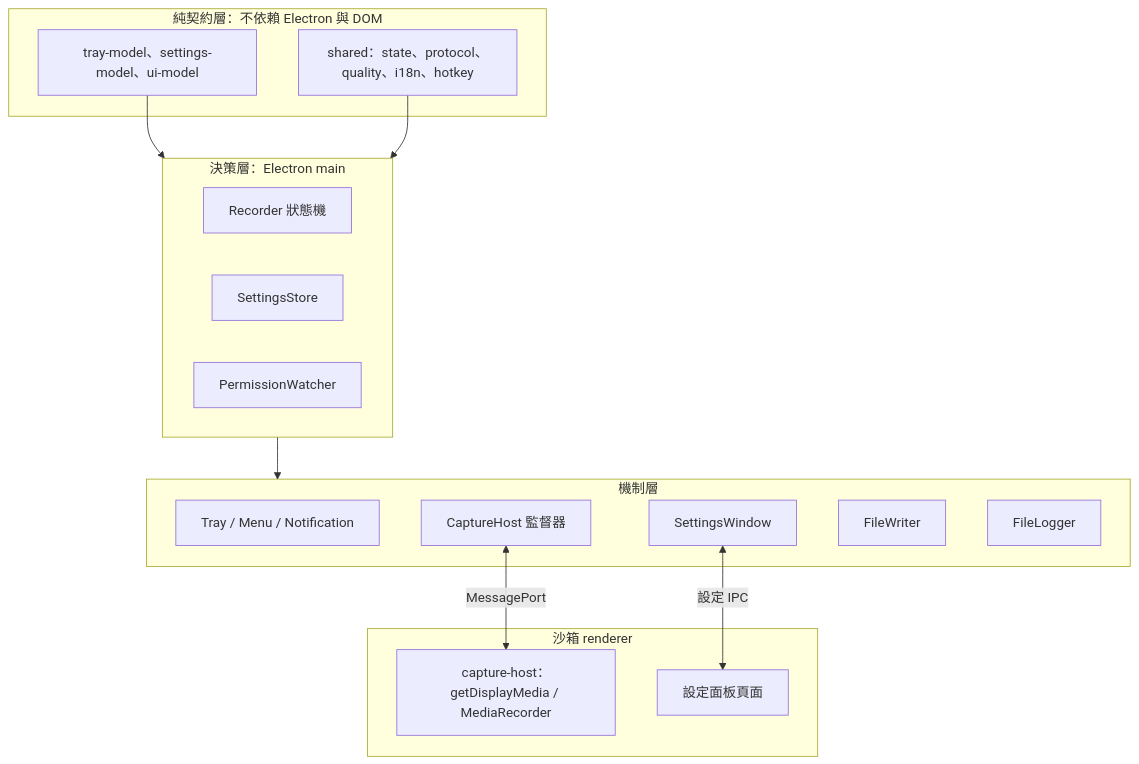
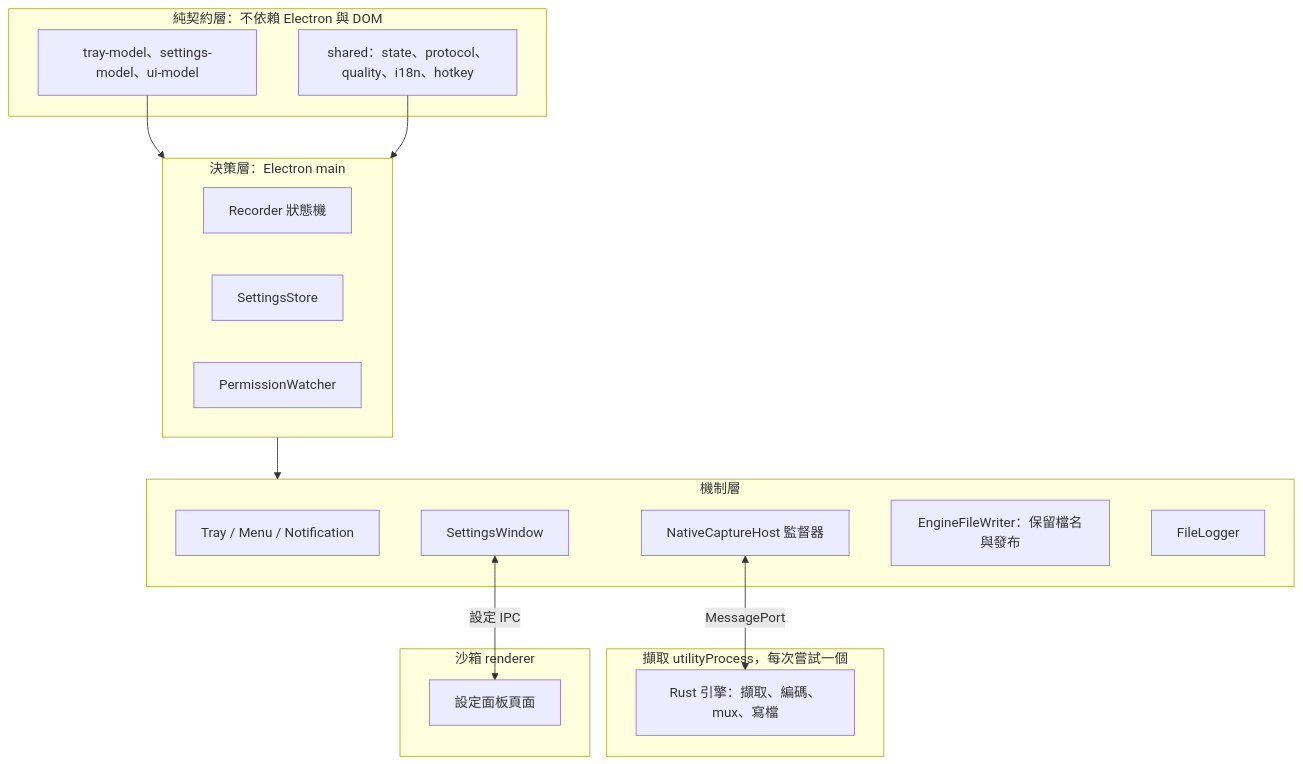
The diagram in docs/zh-TW/system-design/design-overview.md (EricTsai83/recordstuff), drawn with Mermaid before and after one commit. The commit also changed other lines of this file and 51 other files, not shown here.

First line of the commit message:
docs: document the native engine and close plan 076

````diff
--- a/docs/zh-TW/system-design/design-overview.md
+++ b/docs/zh-TW/system-design/design-overview.md
@@ -37,28 +37,30 @@
 ```mermaid
 flowchart TB
     subgraph Pure[純契約層：不依賴 Electron 與 DOM]
       Shared[shared：state、protocol、quality、i18n、hotkey]
       Models[tray-model、settings-model、ui-model]
     end
     subgraph Decide[決策層：Electron main]
       Rec[Recorder 狀態機]
       Set[SettingsStore]
       Perm[PermissionWatcher]
     end
     subgraph Mech[機制層]
       Tray[Tray / Menu / Notification]
       Panel[SettingsWindow]
-      Host[CaptureHost 監督器]
-      Writer[FileWriter]
+      Host[NativeCaptureHost 監督器]
+      Writer[EngineFileWriter：保留檔名與發布]
       Log[FileLogger]
     end
+    subgraph Engine[擷取 utilityProcess，每次嘗試一個]
+      Capture[Rust 引擎：擷取、編碼、mux、寫檔]
+    end
     subgraph Sandbox[沙箱 renderer]
-      Capture[capture-host：getDisplayMedia / MediaRecorder]
       Page[設定面板頁面]
     end
     Models --> Decide
     Shared --> Decide
     Decide --> Mech
     Host <-->|MessagePort| Capture
     Panel <-->|設定 IPC| Page
 ```
````
